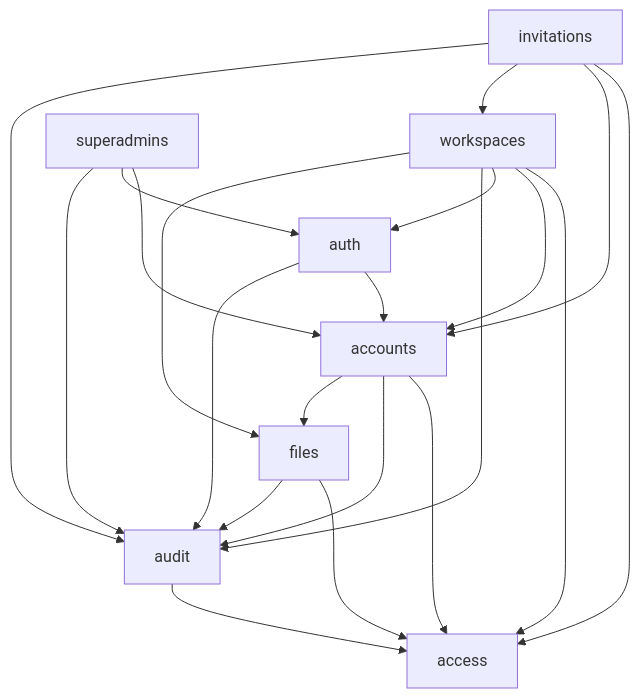
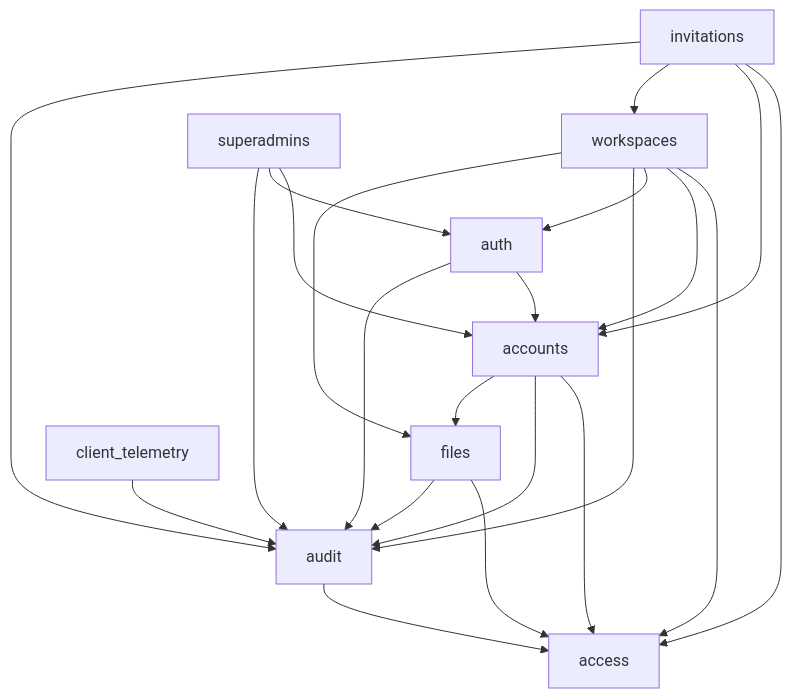
The second of 3 diagrams in docs/architecture.md (Grebyn35/AntWorker-API-Rust), drawn with Mermaid before and after one commit. The commit also changed other lines of this file and 36 other files, not shown here.

````diff
--- a/docs/architecture.md
+++ b/docs/architecture.md
@@ -184,20 +184,23 @@
 ```mermaid
 flowchart TD
   workspaces --> access & accounts & auth & audit
   %% part: files
   workspaces --> files
   %% end part: files
   %% part: invitations
   invitations --> access & accounts & workspaces & audit
   %% end part: invitations
   auth --> accounts & audit
   accounts --> access & audit
   %% part: files
   accounts --> files
   files --> access & audit
   %% end part: files
   audit --> access
   %% part: superadmins
   superadmins --> accounts & auth & audit
   %% end part: superadmins
+  %% part: client_telemetry
+  client_telemetry --> audit
+  %% end part: client_telemetry
 ```
````
